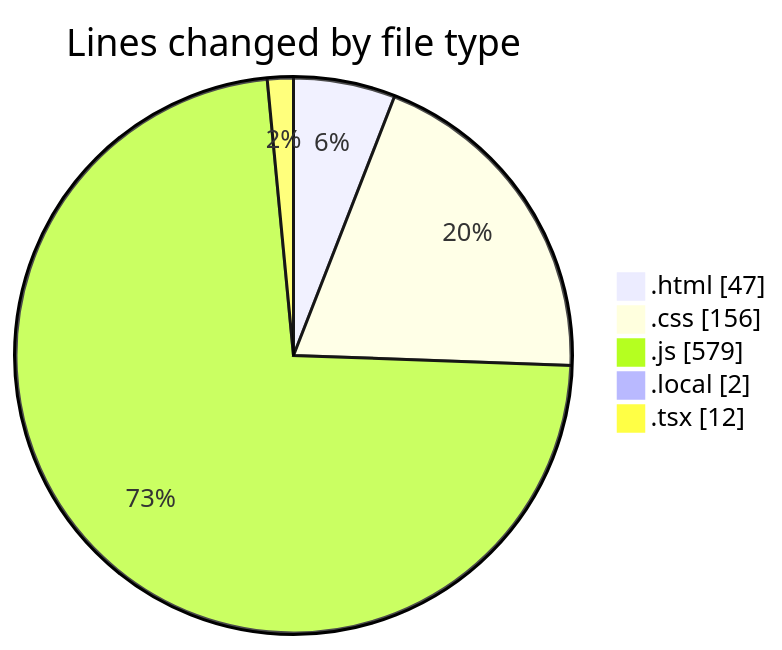
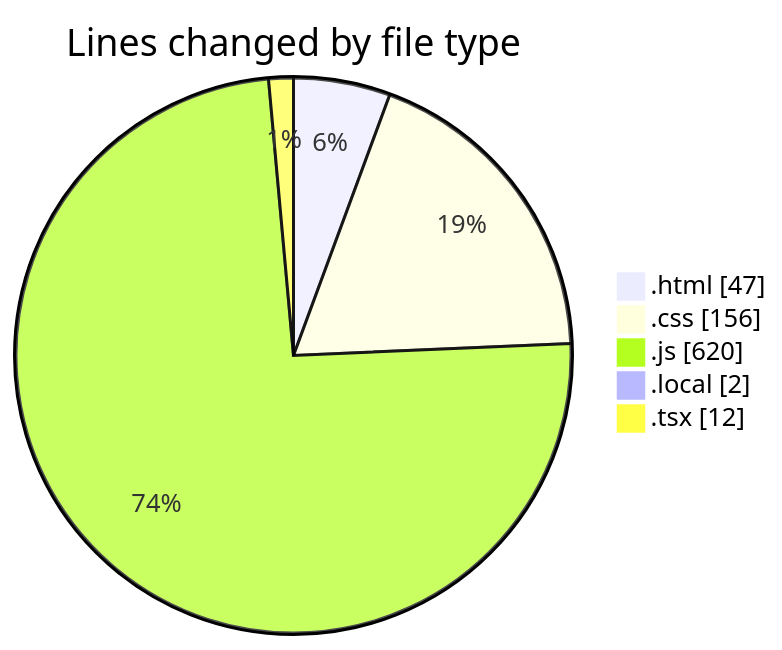
The first of 2 diagrams in 2025-05-03/projects/README.md (Ritupan-Deka/code-tracking), drawn with Mermaid before and after one commit. The commit also changed other lines of this file and 1 other file, not shown here.

````diff
--- a/2025-05-03/projects/README.md
+++ b/2025-05-03/projects/README.md
@@ -31,9 +31,9 @@
 ```mermaid
 pie showData
 title Lines changed by file type
 ".html" : 47
 ".css" : 156
-".js" : 579
+".js" : 620
 ".local" : 2
 ".tsx" : 12
 ```
````
